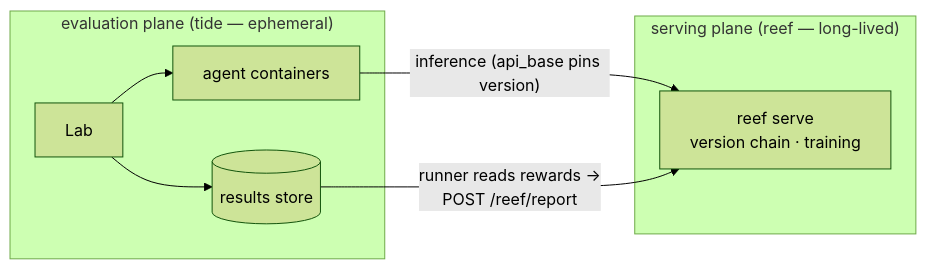
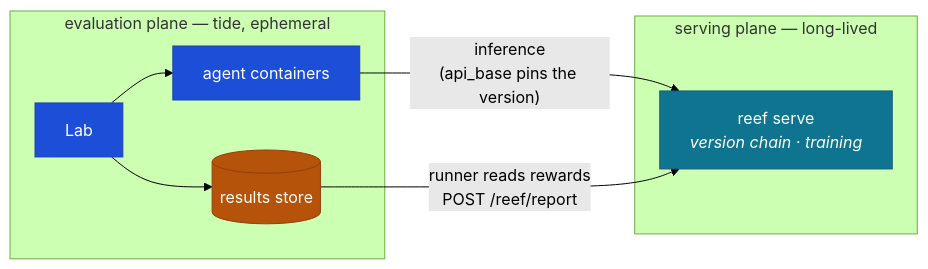
The fifth of 5 diagrams in README.md (Human-Agent-Society/tide-eval), drawn with Mermaid (forest theme) before and after one commit. The commit also changed other lines of this file and 26 other files, not shown here.

First line of the commit message:
Polish to release quality: prose, diagrams, CI, and real benchmark entry points

````diff
--- a/README.md
+++ b/README.md
@@ -274,12 +365,19 @@
 ```mermaid
 flowchart LR
-    subgraph eval["evaluation plane (tide — ephemeral)"]
+    subgraph eval[" evaluation plane — tide, ephemeral "]
         L[Lab] --> A[agent containers]
         L --> DB[(results store)]
     end
-    subgraph serve["serving plane (reef — long-lived)"]
-        R["reef serve<br/>version chain · training"]
+    subgraph serve[" serving plane — long-lived "]
+        R["reef serve<br/><i>version chain · training</i>"]
     end
-    A -- "inference (api_base pins version)" --> R
-    DB -- "runner reads rewards →<br/>POST /reef/report" --> R
+    A -->|"inference<br/>(api_base pins the version)"| R
+    DB -->|"runner reads rewards<br/>POST /reef/report"| R
+
+    classDef ev fill:#1d4ed8,stroke:#1e40af,color:#ffffff
+    classDef sv fill:#0e7490,stroke:#155e75,color:#ffffff
+    classDef data fill:#b45309,stroke:#92400e,color:#ffffff
+    class L,A ev
+    class R sv
+    class DB data
 ```
````
